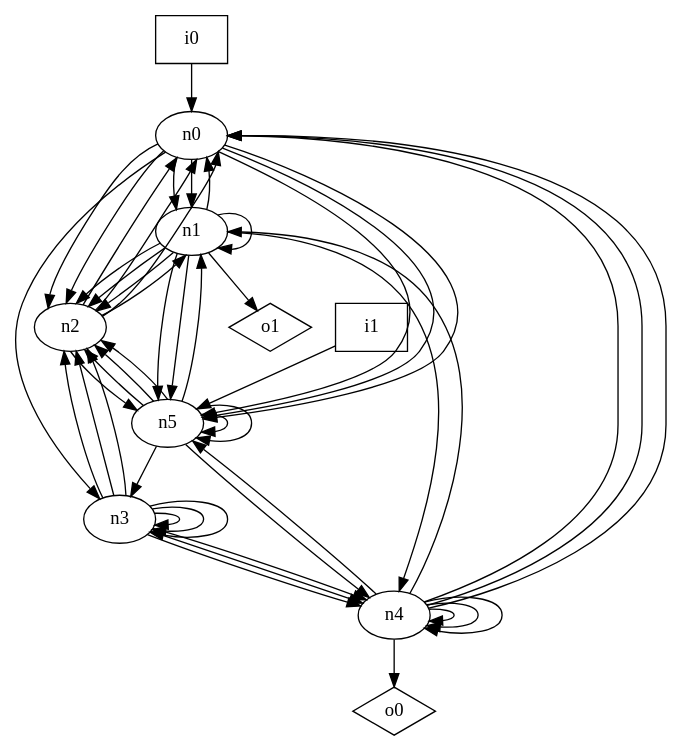
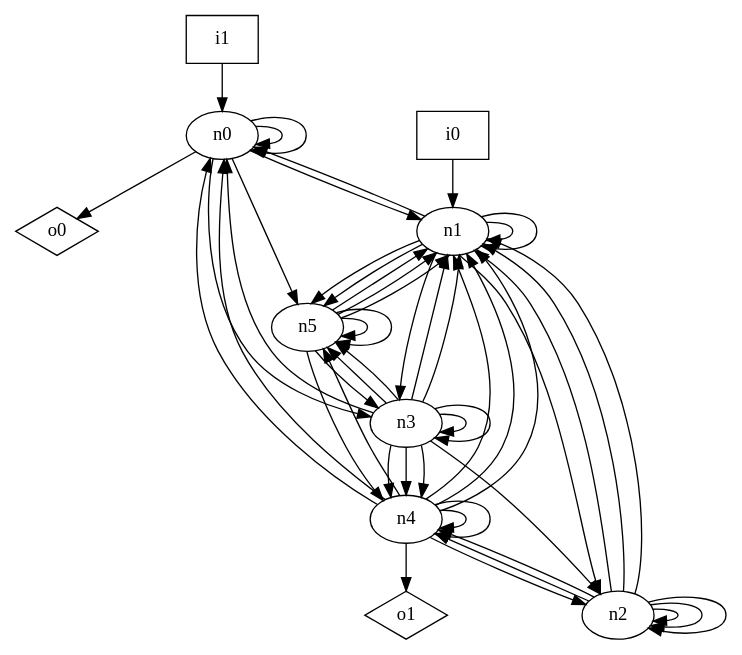
The diagram in dot_files/random/random_graph.dot (p9romain/bool-circuits), drawn with Graphviz before and after one commit. The commit also changed 30 other files, not shown here.

```diff
--- a/dot_files/random/random_graph.dot
+++ b/dot_files/random/random_graph.dot
@@ -1,62 +1,63 @@
 digraph G {
 n0 [label="n0"];
 n1 [label="n1"];
 n2 [label="n2"];
 n3 [label="n3"];
 n4 [label="n4"];
 n5 [label="n5"];
 n6 [label="i0",shape="box"];
 n7 [label="i1",shape="box"];
 n8 [label="o0",shape="diamond"];
 n9 [label="o1",shape="diamond"];
+n0 -> n0
+n0 -> n0
 n0 -> n1
-n0 -> n1
-n0 -> n2
-n0 -> n2
 n0 -> n3
 n0 -> n5
-n0 -> n5
-n0 -> n5
+n0 -> n8
 n1 -> n0
 n1 -> n1
+n1 -> n1
 n1 -> n2
-n1 -> n2
-n1 -> n2
-n1 -> n4
+n1 -> n3
 n1 -> n5
 n1 -> n5
-n1 -> n9
-n2 -> n0
-n2 -> n0
-n2 -> n0
 n2 -> n1
-n2 -> n5
+n2 -> n1
+n2 -> n1
+n2 -> n2
+n2 -> n2
+n2 -> n2
+n2 -> n4
+n2 -> n4
+n3 -> n0
+n3 -> n1
+n3 -> n1
 n3 -> n2
-n3 -> n2
-n3 -> n2
-n3 -> n3
 n3 -> n3
 n3 -> n3
 n3 -> n4
 n3 -> n4
 n3 -> n4
-n4 -> n0
+n3 -> n5
+n3 -> n5
 n4 -> n0
 n4 -> n0
 n4 -> n1
-n4 -> n4
+n4 -> n1
+n4 -> n1
+n4 -> n2
 n4 -> n4
 n4 -> n4
 n4 -> n5
-n4 -> n8
+n4 -> n9
 n5 -> n1
-n5 -> n2
-n5 -> n2
-n5 -> n2
+n5 -> n1
+n5 -> n1
 n5 -> n3
 n5 -> n4
 n5 -> n5
 n5 -> n5
-n6 -> n0
-n7 -> n5
+n6 -> n1
+n7 -> n0
 }
```
